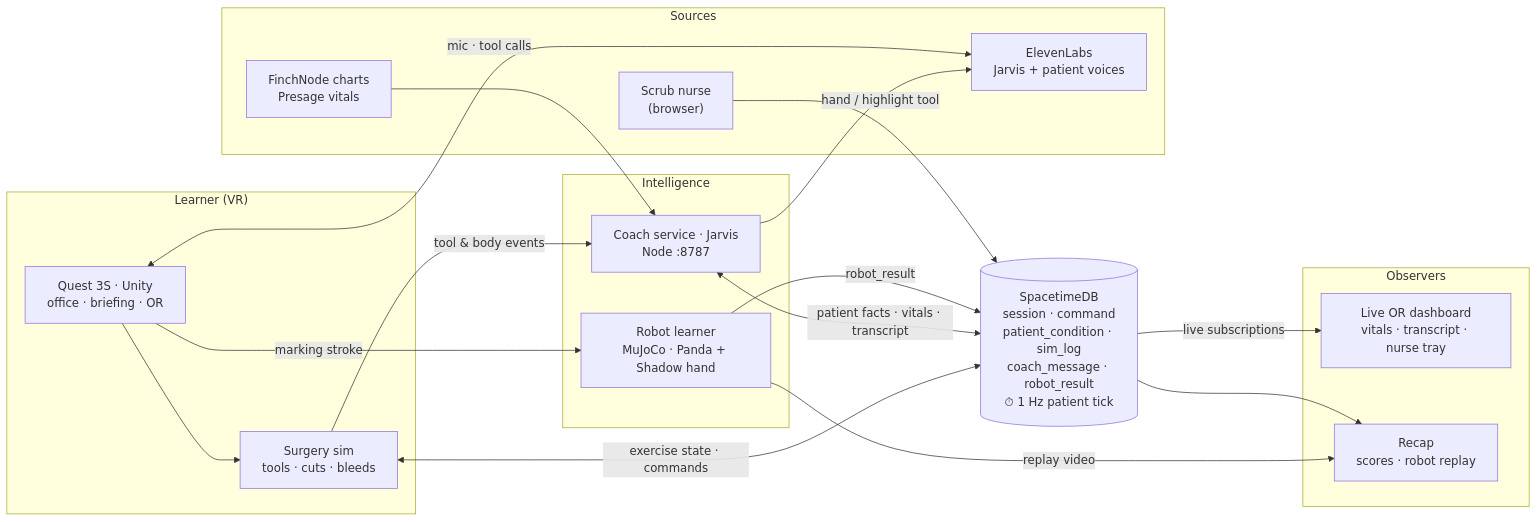
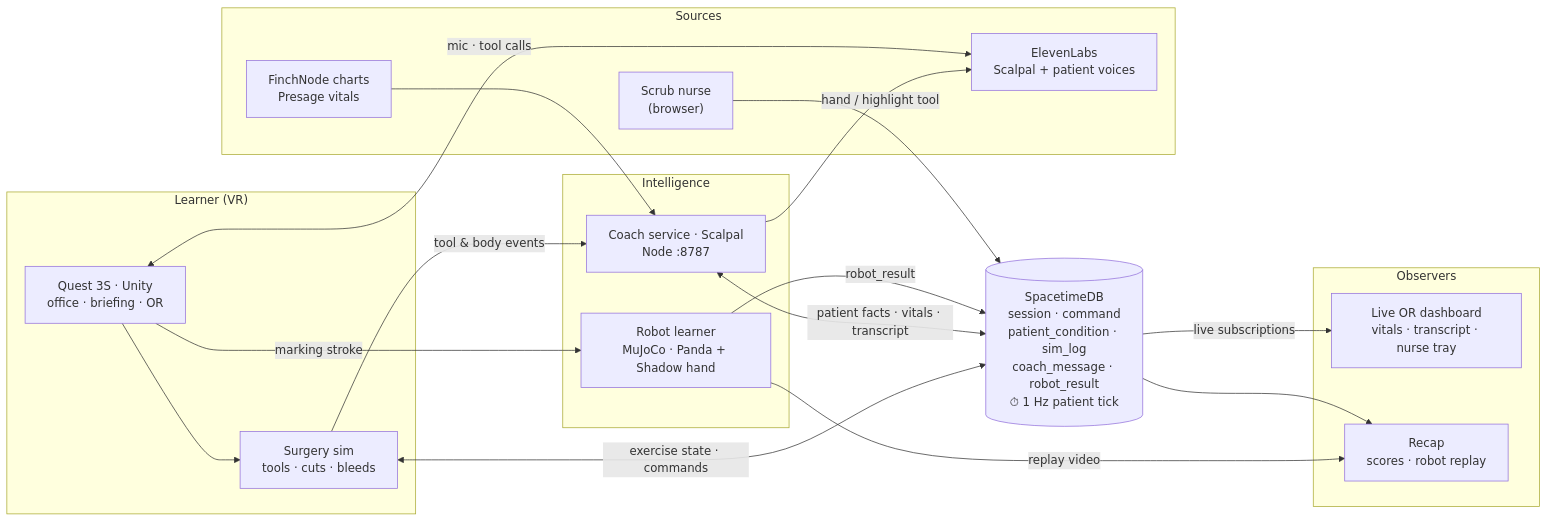
One commit to stephenhungg/scalpal changed the diagram in README.md. Above: the diagram before and after it, drawn with Mermaid.

Commit message:
readme: architecture diagram calls the coach Scalpal

````diff
--- a/README.md
+++ b/README.md
@@ -19,37 +19,37 @@
 ```mermaid
 flowchart LR
   subgraph Learner["Learner (VR)"]
     Quest["Quest 3S · Unity<br/>office · briefing · OR"]
     Sim["Surgery sim<br/>tools · cuts · bleeds"]
   end
   subgraph Sources["Sources"]
     Nurse["Scrub nurse<br/>(browser)"]
     Data["FinchNode charts<br/>Presage vitals"]
-    Voice["ElevenLabs<br/>Jarvis + patient voices"]
+    Voice["ElevenLabs<br/>Scalpal + patient voices"]
   end
 
   STDB[("SpacetimeDB<br/>session · command<br/>patient_condition · sim_log<br/>coach_message · robot_result<br/>⏱ 1 Hz patient tick")]
 
   subgraph Intelligence["Intelligence"]
-    Coach["Coach service · Jarvis<br/>Node :8787"]
+    Coach["Coach service · Scalpal<br/>Node :8787"]
     Robot["Robot learner<br/>MuJoCo · Panda + Shadow hand"]
   end
   subgraph Observers["Observers"]
     Dash["Live OR dashboard<br/>vitals · transcript · nurse tray"]
     Recap["Recap<br/>scores · robot replay"]
   end
 
   Quest --> Sim
   Sim -->|tool & body events| Coach
   Sim <-->|exercise state · commands| STDB
   Nurse -->|hand / highlight tool| STDB
   Data --> Coach
   Voice <-->|mic · tool calls| Quest
   Coach <-->|patient facts · vitals · transcript| STDB
   Coach --> Voice
   Quest -->|marking stroke| Robot
   Robot -->|robot_result| STDB
   STDB -->|live subscriptions| Dash
   Robot -->|replay video| Recap
   STDB --> Recap
 ```
````
